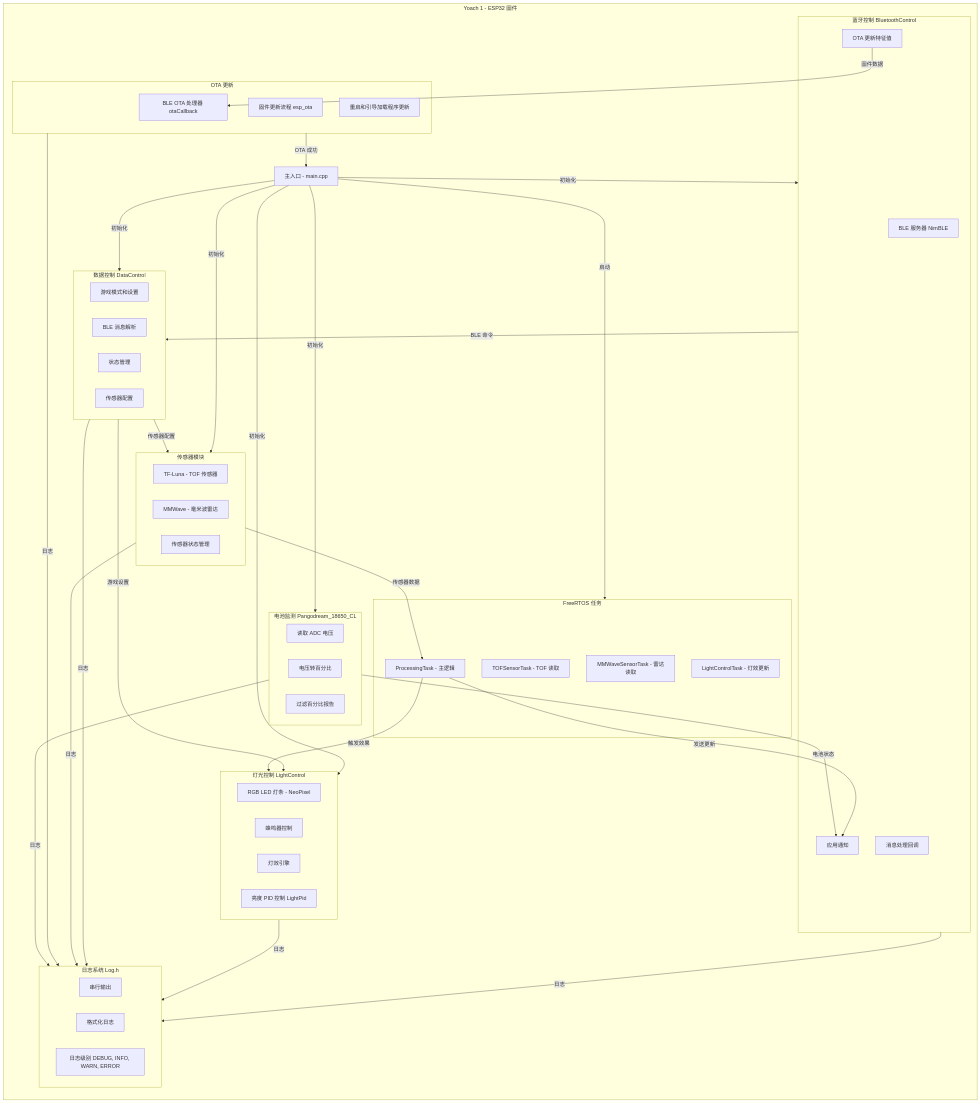
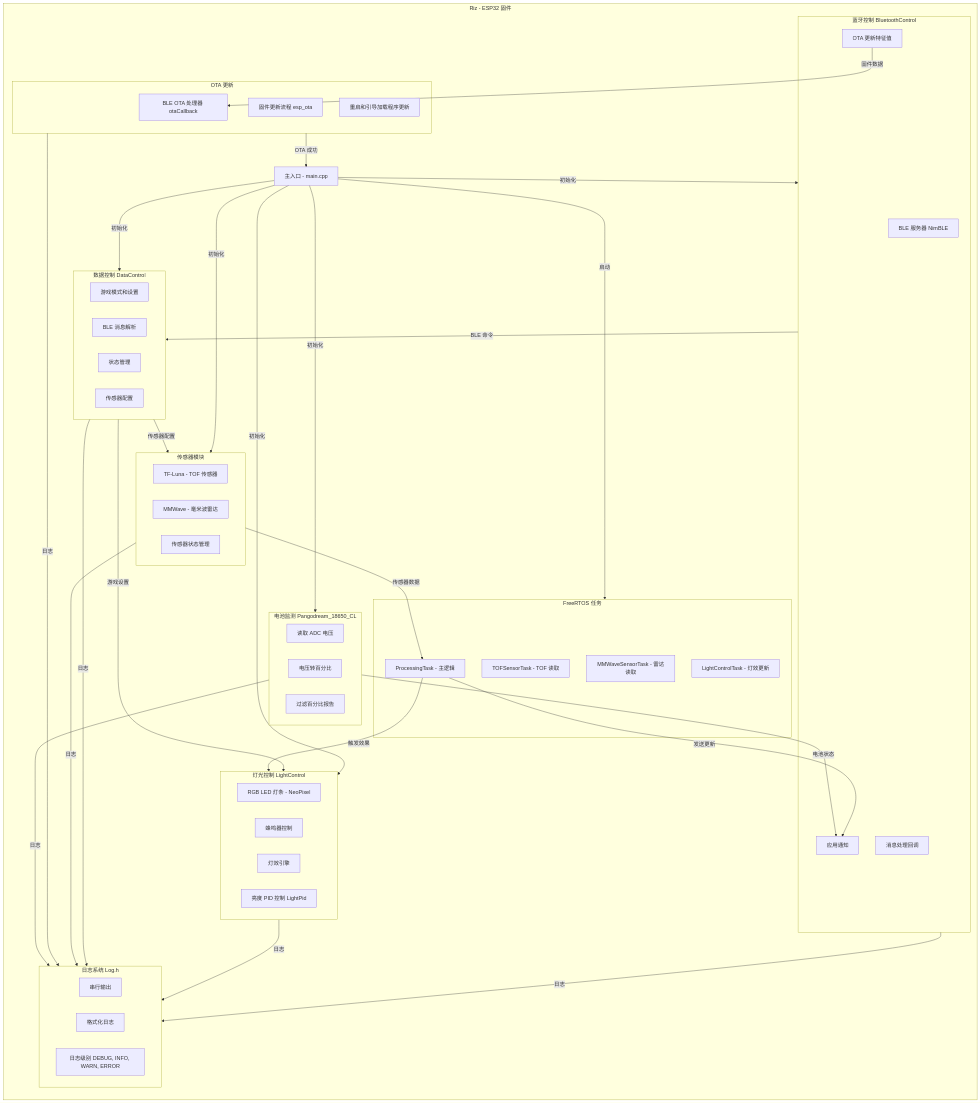
The diagram in RizEmbededSystem/README.md (KleanOcean/YoachRiz-EmbeddedSystem), drawn with Mermaid before and after one commit. The commit also changed other lines of this file and 7 other files, not shown here.

First line of the commit message:
refactor: 将产品名称从 Yoach 1 统一更改为 Riz

````diff
--- a/RizEmbededSystem/README.md
+++ b/RizEmbededSystem/README.md
@@ -16,7 +16,7 @@
 ```mermaid
 
 flowchart TD
-  subgraph ESP32_Project["Yoach 1 - ESP32 固件"]
+  subgraph ESP32_Project["Riz - ESP32 固件"]
     direction TB
 
     %% 主入口
````
